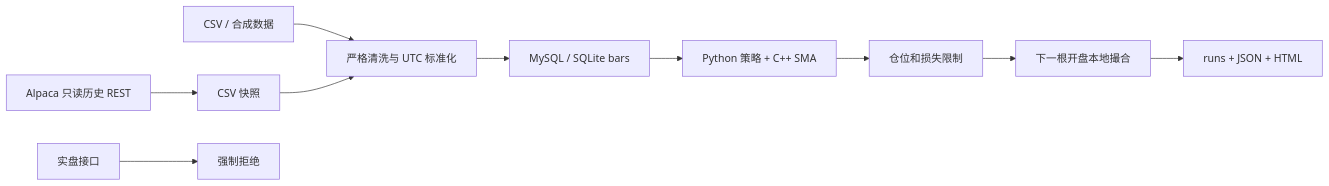
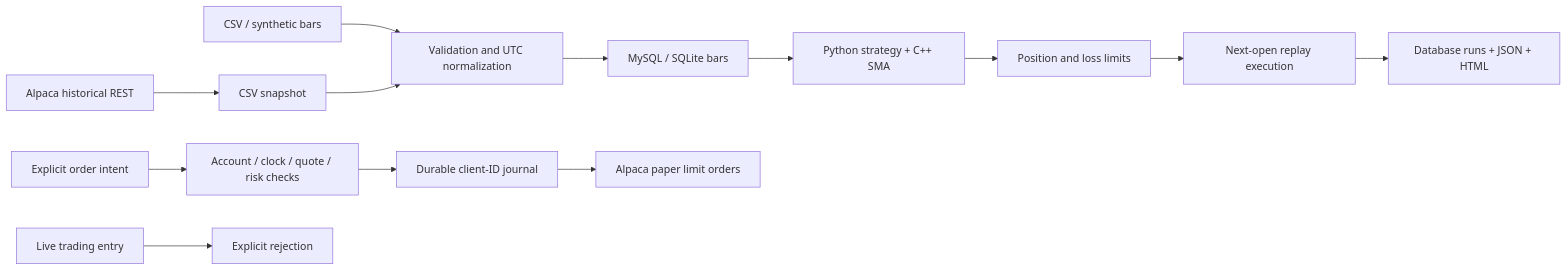
The diagram in docs/architecture.md (yongshang-liu/usquant), drawn with Mermaid before and after one commit. The commit also changed other lines of this file and 4 other files, not shown here.

````diff
--- a/docs/architecture.md
+++ b/docs/architecture.md
@@ -3,12 +3,15 @@
 ```mermaid
 flowchart LR
-  CSV[CSV / 合成数据] --> Clean[严格清洗与 UTC 标准化]
-  API[Alpaca 只读历史 REST] --> Snapshot[CSV 快照]
+  CSV[CSV / synthetic bars] --> Clean[Validation and UTC normalization]
+  API[Alpaca historical REST] --> Snapshot[CSV snapshot]
   Snapshot --> Clean
   Clean --> Store[MySQL / SQLite bars]
-  Store --> Signal[Python 策略 + C++ SMA]
-  Signal --> Risk[仓位和损失限制]
-  Risk --> Replay[下一根开盘本地撮合]
-  Replay --> Audit[runs + JSON + HTML]
-  Live[实盘接口] --> Block[强制拒绝]
+  Store --> Signal[Python strategy + C++ SMA]
+  Signal --> Risk[Position and loss limits]
+  Risk --> Replay[Next-open replay execution]
+  Replay --> Audit[Database runs + JSON + HTML]
+  Intent[Explicit order intent] --> Checks[Account / clock / quote / risk checks]
+  Checks --> Journal[Durable client-ID journal]
+  Journal --> Paper[Alpaca paper limit orders]
+  Live[Live trading entry] --> Block[Explicit rejection]
 ```
````
